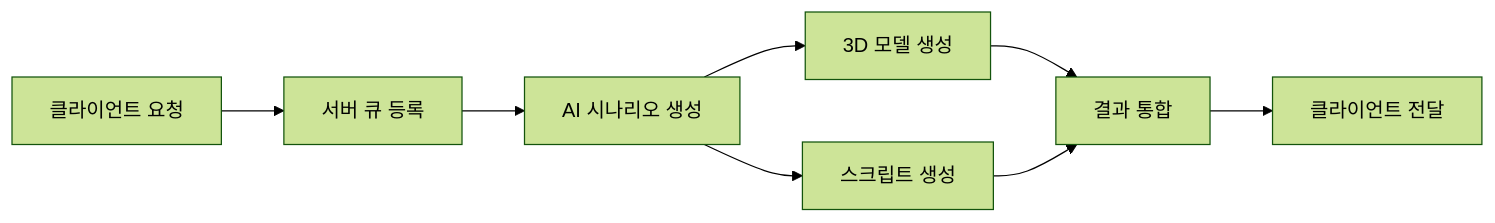
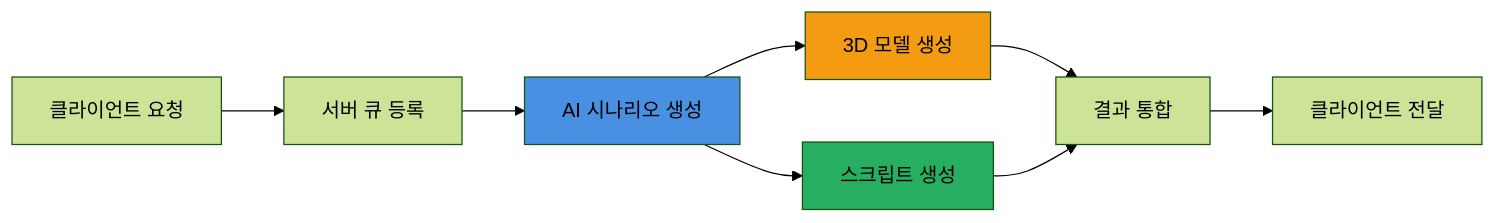
The diagram in README.md (Febriez/eroom-docs), drawn with Mermaid (forest theme) before and after one commit. The commit also changed other lines of this file, not shown here.

````diff
--- a/README.md
+++ b/README.md
@@ -31,10 +50,13 @@
 ```mermaid
 graph LR
     A[클라이언트 요청] --> B[서버 큐 등록]
     B --> C[AI 시나리오 생성]
     C --> D[3D 모델 생성]
     C --> E[스크립트 생성]
     D --> F[결과 통합]
     E --> F
     F --> G[클라이언트 전달]
+    style C fill: #4a90e2
+    style D fill: #f39c12
+    style E fill: #27ae60
 ```
````
